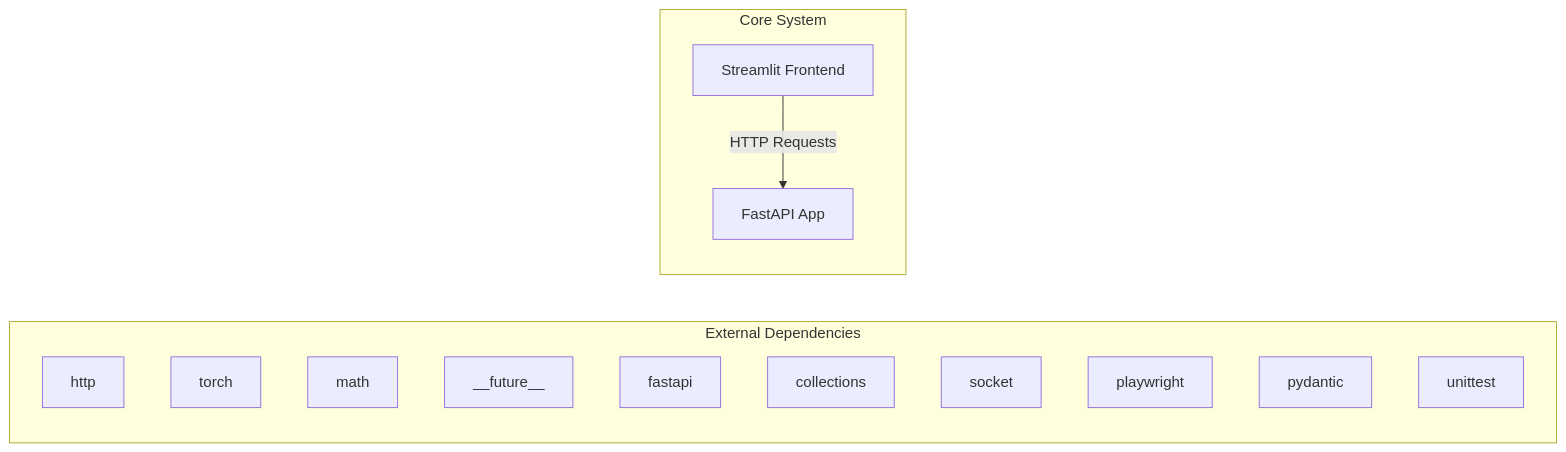
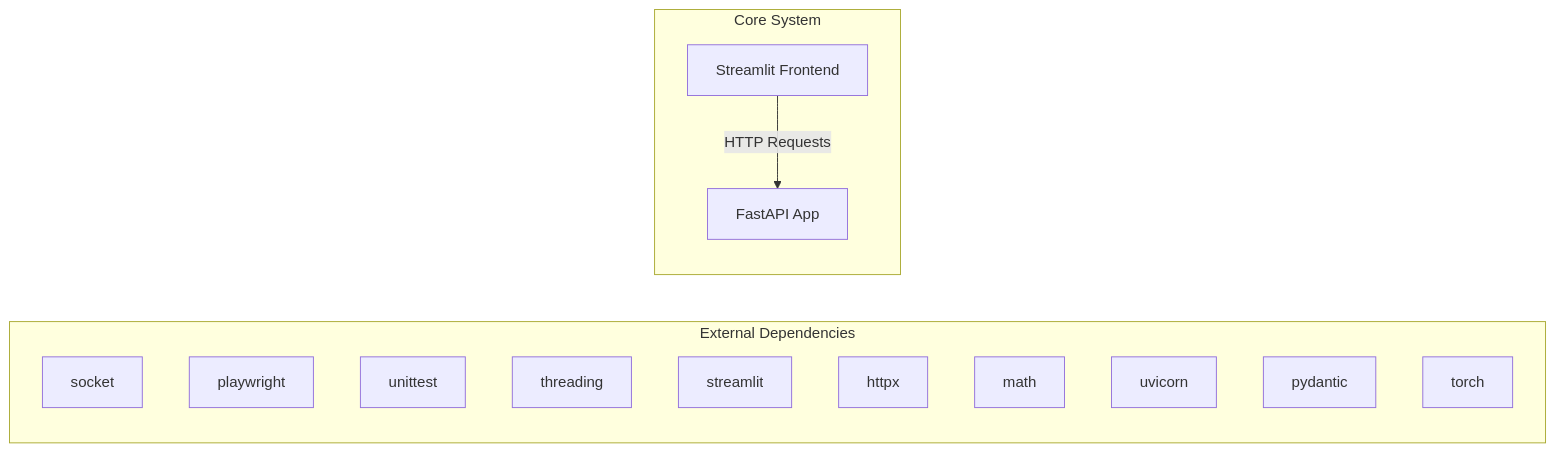
Before and after one commit to NITISH-R-G/rag-context-optimizer: the first of 2 diagrams in docs/architecture.md, drawn with Mermaid. The commit also changed 1 other file, not shown here.

Commit message:
docs: auto-update repository knowledge, architecture diagrams, and documentation

````diff
--- a/docs/architecture.md
+++ b/docs/architecture.md
@@ -7,20 +7,20 @@
 ```mermaid
 graph LR
     subgraph External Dependencies
-        E0["http"]
-        E1["torch"]
-        E2["math"]
-        E3["__future__"]
-        E4["fastapi"]
-        E5["collections"]
-        E6["socket"]
-        E7["playwright"]
+        E0["socket"]
+        E1["playwright"]
+        E2["unittest"]
+        E3["threading"]
+        E4["streamlit"]
+        E5["httpx"]
+        E6["math"]
+        E7["uvicorn"]
         E8["pydantic"]
-        E9["unittest"]
+        E9["torch"]
     end
     subgraph Core System
         API["FastAPI App"]
         UI["Streamlit Frontend"]
     end
     UI -->|HTTP Requests| API
 ```
````
